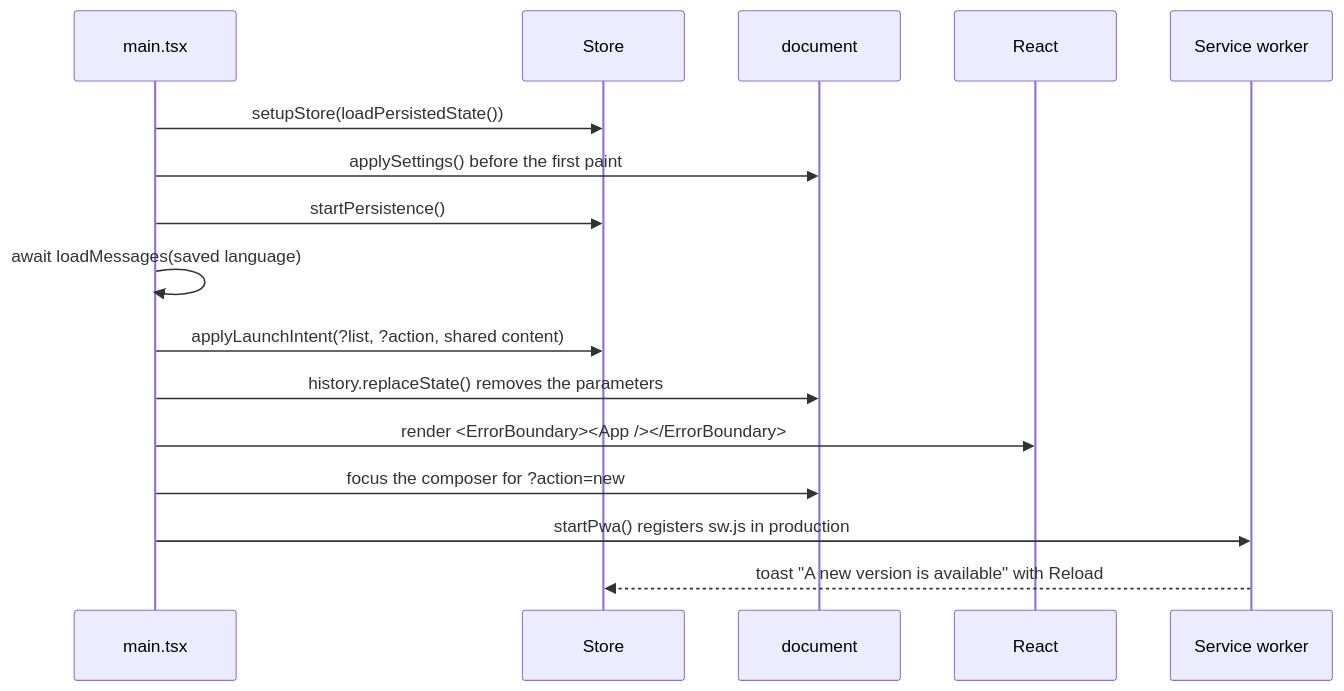
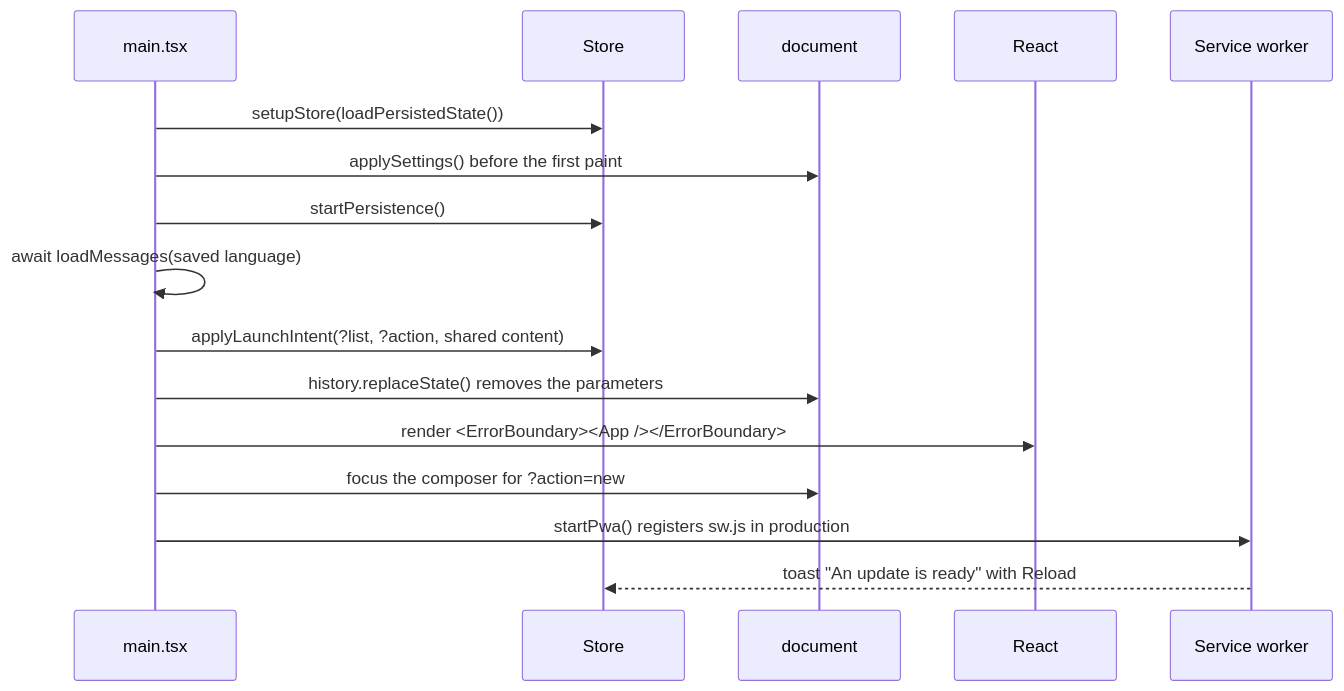
Before and after one commit to sacrificed666/react-todo-app: the ninth of 10 diagrams in docs/architecture.md, drawn with Mermaid. The commit also changed other lines of this file and 77 other files, not shown here.

````diff
--- a/docs/architecture.md
+++ b/docs/architecture.md
@@ -352,18 +352,18 @@
 ```mermaid
 sequenceDiagram
   participant Main as main.tsx
   participant Store
   participant DOM as document
   participant React
   participant SW as Service worker
   Main->>Store: setupStore(loadPersistedState())
   Main->>DOM: applySettings() before the first paint
   Main->>Store: startPersistence()
   Main->>Main: await loadMessages(saved language)
   Main->>Store: applyLaunchIntent(?list, ?action, shared content)
   Main->>DOM: history.replaceState() removes the parameters
   Main->>React: render <ErrorBoundary><App /></ErrorBoundary>
   Main->>DOM: focus the composer for ?action=new
   Main->>SW: startPwa() registers sw.js in production
-  SW-->>Store: toast "A new version is available" with Reload
+  SW-->>Store: toast "An update is ready" with Reload
 ```
````
